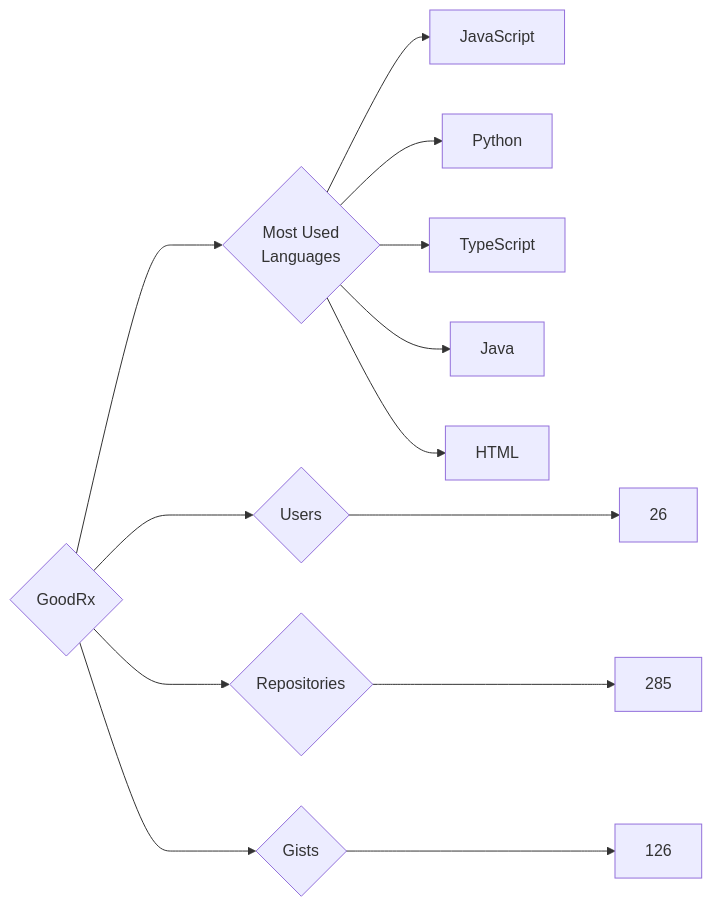
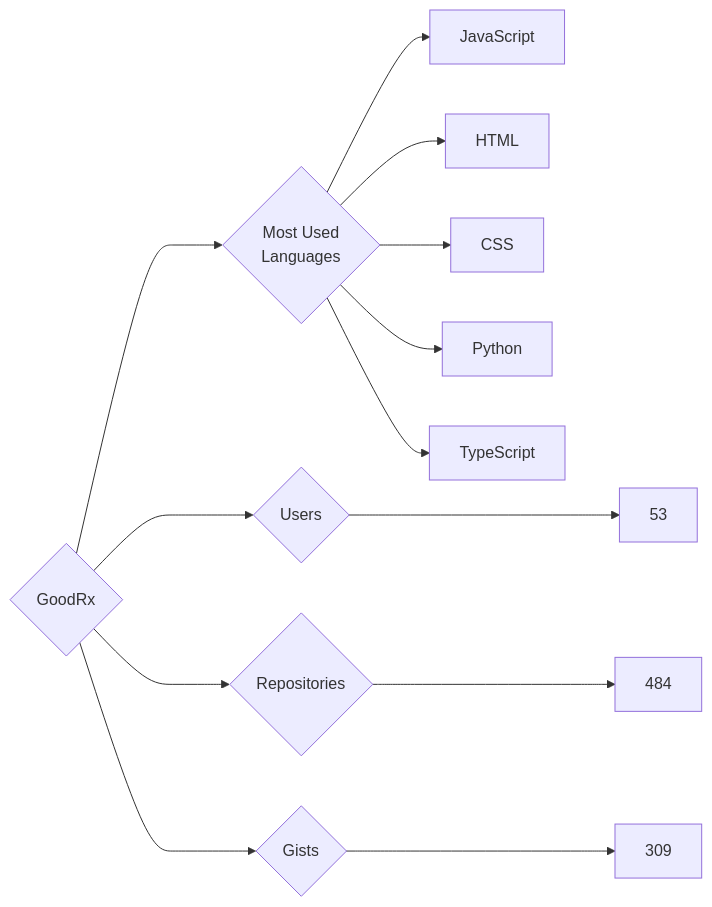
The diagram in targets/GoodRx/README.md (trickest/insiders), drawn with Mermaid before and after one commit. The commit also changed 916 other files, not shown here.

````diff
--- a/targets/GoodRx/README.md
+++ b/targets/GoodRx/README.md
@@ -3,13 +3,13 @@
 ```mermaid
 graph LR
 COMPANY_NAME{GoodRx}
-COMPANY_NAME ---> U{Users} ---> UN[26]
-COMPANY_NAME ---> R{Repositories} ---> RN[285]
-COMPANY_NAME ---> G{Gists} ---> GN[126]
+COMPANY_NAME ---> U{Users} ---> UN[53]
+COMPANY_NAME ---> R{Repositories} ---> RN[484]
+COMPANY_NAME ---> G{Gists} ---> GN[309]
 COMPANY_NAME ---> ML{Most Used<br>Languages}
 ML --> JavaScript[JavaScript]
+ML --> HTML[HTML]
+ML --> CSS[CSS]
 ML --> Python[Python]
 ML --> TypeScript[TypeScript]
-ML --> Java[Java]
-ML --> HTML[HTML]
 ```
````
